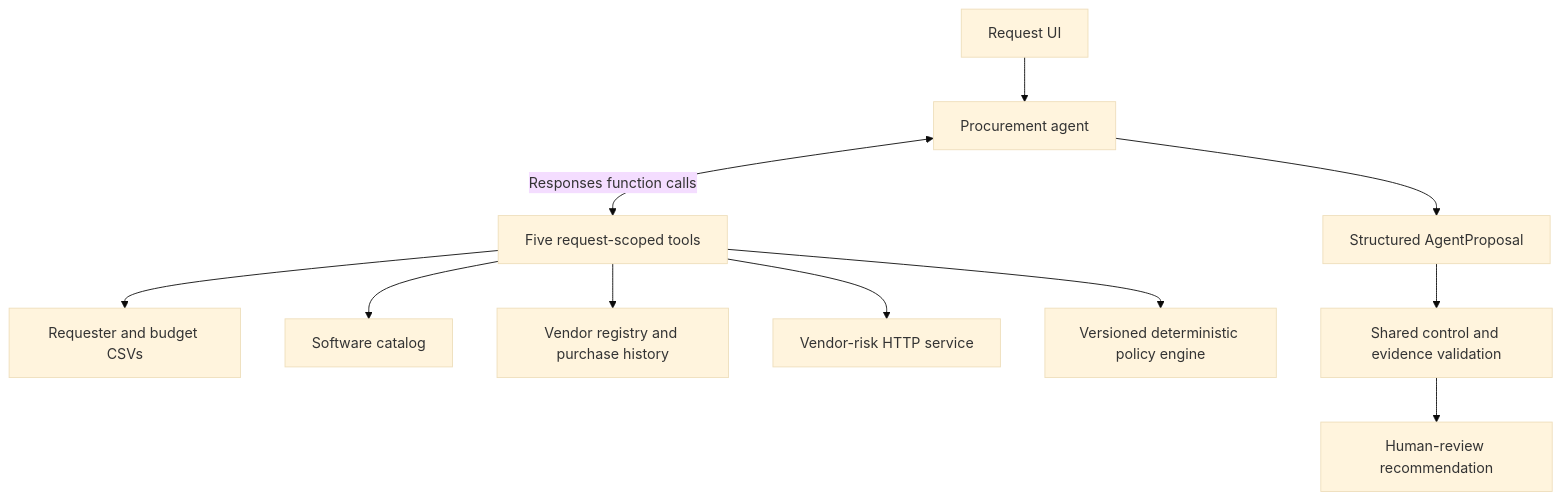
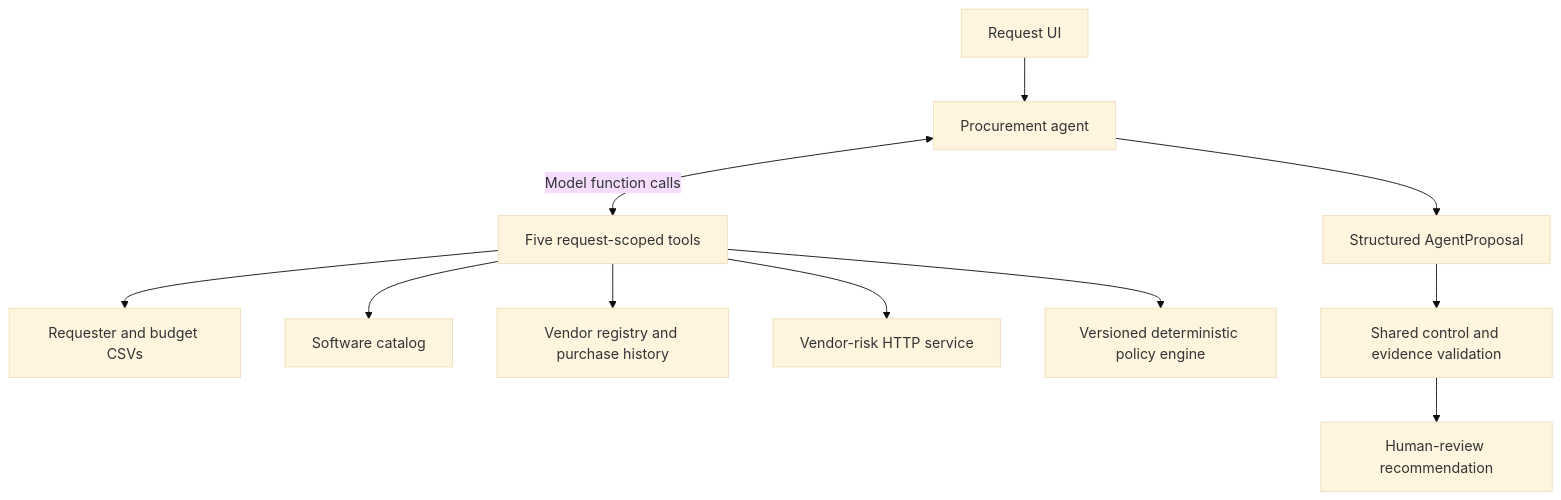
The second of 3 diagrams in docs/ARCHITECTURE.md (vedanshun05/fde-assessment3-procurement-copilot), drawn with Mermaid (base theme) before and after one commit. The commit also changed other lines of this file and 20 other files, not shown here.

````diff
--- a/docs/ARCHITECTURE.md
+++ b/docs/ARCHITECTURE.md
@@ -21,13 +21,13 @@
 ```mermaid
 flowchart TD
   UI[Request UI] --> A[Procurement agent]
-  A <-->|Responses function calls| T[Five request-scoped tools]
+  A <-->|Model function calls| T[Five request-scoped tools]
   T --> B[Requester and budget CSVs]
   T --> C[Software catalog]
   T --> V[Vendor registry and purchase history]
   T --> S[Vendor-risk HTTP service]
   T --> P[Versioned deterministic policy engine]
   A --> O[Structured AgentProposal]
   O --> G[Shared control and evidence validation]
   G --> H[Human-review recommendation]
 ```
````
